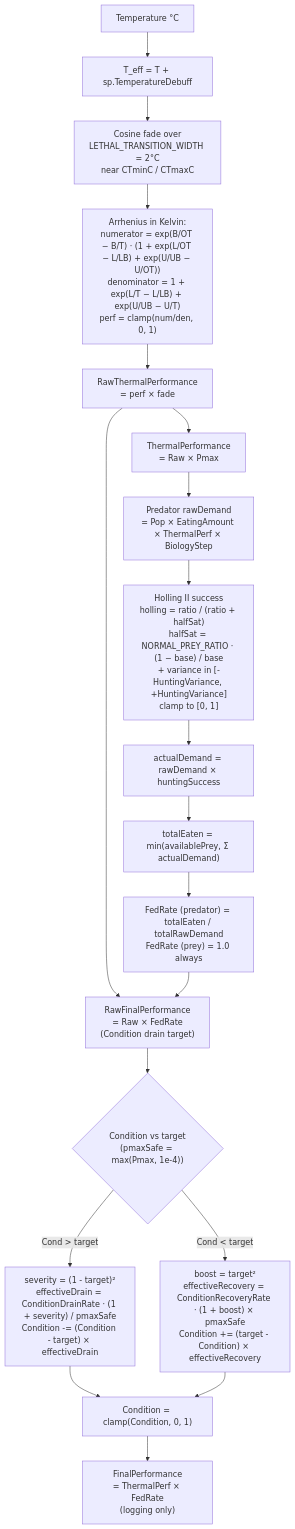
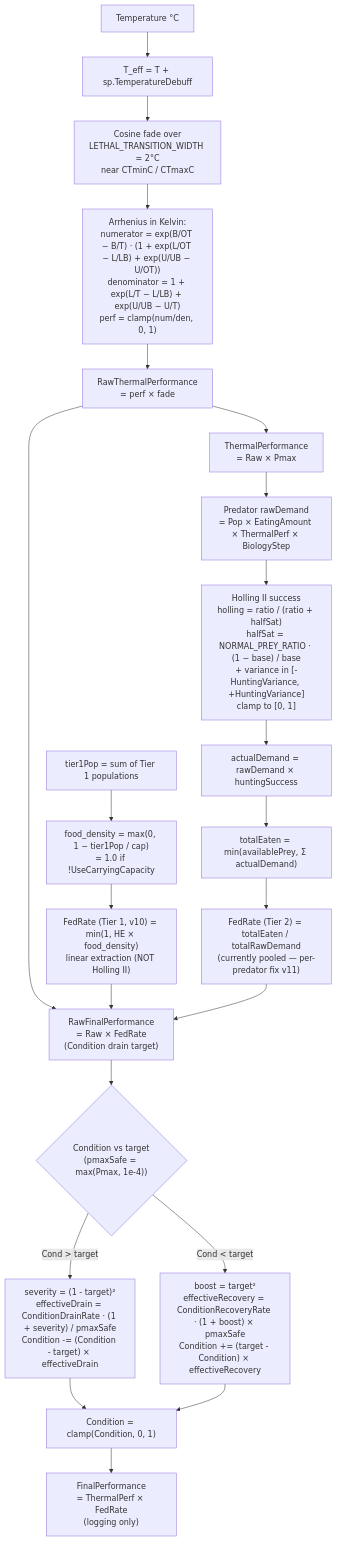
One commit to Ghostlab-Studios/tinysea changed the diagram in docs/diagrams/biology-performance-phase.md. Above: the diagram before and after it, drawn with Mermaid. The commit also changed other lines of this file and 15 other files, not shown here.

````diff
--- a/docs/diagrams/biology-performance-phase.md
+++ b/docs/diagrams/biology-performance-phase.md
@@ -5,24 +5,28 @@
 ```mermaid
 flowchart TD
     Temp["Temperature °C"] --> Offset["T_eff = T + sp.TemperatureDebuff"]
     Offset --> Fade["Cosine fade over<br/>LETHAL_TRANSITION_WIDTH = 2°C<br/>near CTminC / CTmaxC"]
     Fade --> Arr["Arrhenius in Kelvin:<br/>numerator = exp(B/OT − B/T) · (1 + exp(L/OT − L/LB) + exp(U/UB − U/OT))<br/>denominator = 1 + exp(L/T − L/LB) + exp(U/UB − U/T)<br/>perf = clamp(num/den, 0, 1)"]
     Arr --> Raw["RawThermalPerformance<br/>= perf × fade"]
     Raw --> TP["ThermalPerformance<br/>= Raw × Pmax"]
 
+    Pop1["tier1Pop = sum of Tier 1 populations"] --> FoodDensity["food_density = max(0, 1 − tier1Pop / cap)<br/>= 1.0 if !UseCarryingCapacity"]
+    FoodDensity --> FedRateT1["FedRate (Tier 1, v10) = min(1, HE × food_density)<br/>linear extraction (NOT Holling II)"]
+
     TP --> PredDemand["Predator rawDemand<br/>= Pop × EatingAmount × ThermalPerf × BiologyStep"]
     PredDemand --> Holling["Holling II success<br/>holling = ratio / (ratio + halfSat)<br/>halfSat = NORMAL_PREY_RATIO · (1 − base) / base<br/>+ variance in [-HuntingVariance, +HuntingVariance]<br/>clamp to [0, 1]"]
     Holling --> Actual["actualDemand = rawDemand × huntingSuccess"]
     Actual --> Eaten["totalEaten = min(availablePrey, Σ actualDemand)"]
-    Eaten --> FedRate["FedRate (predator) = totalEaten / totalRawDemand<br/>FedRate (prey) = 1.0 always"]
+    Eaten --> FedRateT2["FedRate (Tier 2) = totalEaten / totalRawDemand<br/>(currently pooled — per-predator fix v11)"]
 
     Raw --> RFP["RawFinalPerformance<br/>= Raw × FedRate<br/>(Condition drain target)"]
-    FedRate --> RFP
+    FedRateT1 --> RFP
+    FedRateT2 --> RFP
 
     RFP --> CondStep{"Condition vs target<br/>(pmaxSafe = max(Pmax, 1e-4))"}
     CondStep -- "Cond > target" --> Drain["severity = (1 - target)²<br/>effectiveDrain = ConditionDrainRate · (1 + severity) / pmaxSafe<br/>Condition -= (Condition - target) × effectiveDrain"]
     CondStep -- "Cond < target" --> Recov["boost = target²<br/>effectiveRecovery = ConditionRecoveryRate · (1 + boost) × pmaxSafe<br/>Condition += (target - Condition) × effectiveRecovery"]
     Drain --> Clamp["Condition = clamp(Condition, 0, 1)"]
     Recov --> Clamp
     Clamp --> FP["FinalPerformance<br/>= ThermalPerf × FedRate<br/>(logging only)"]
 ```
````
